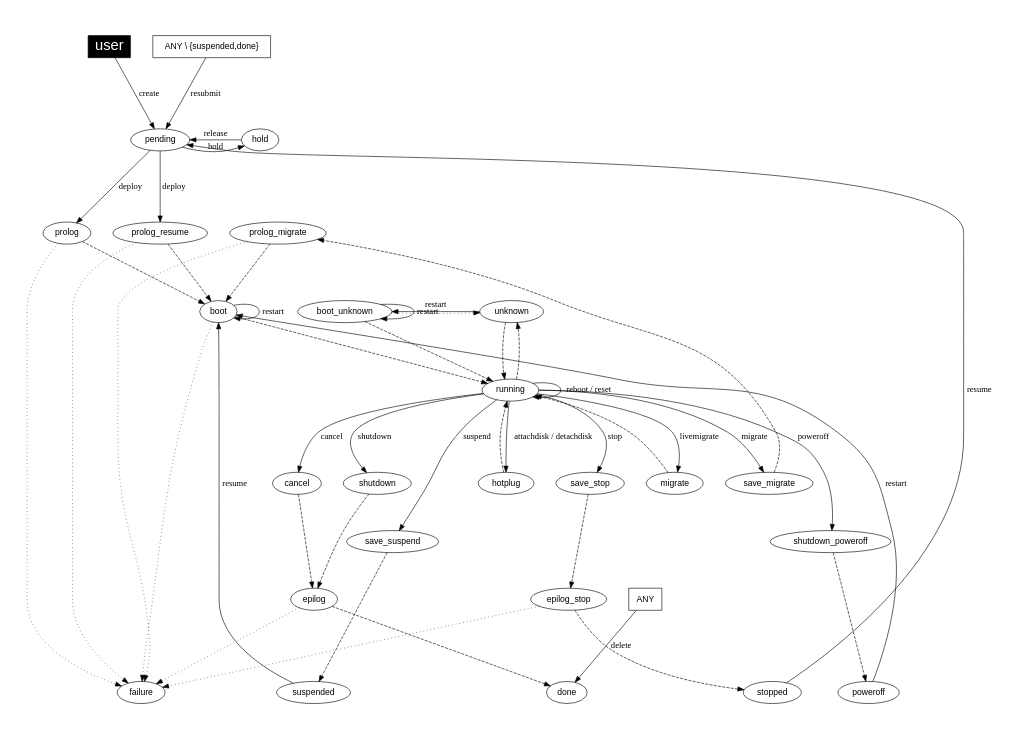
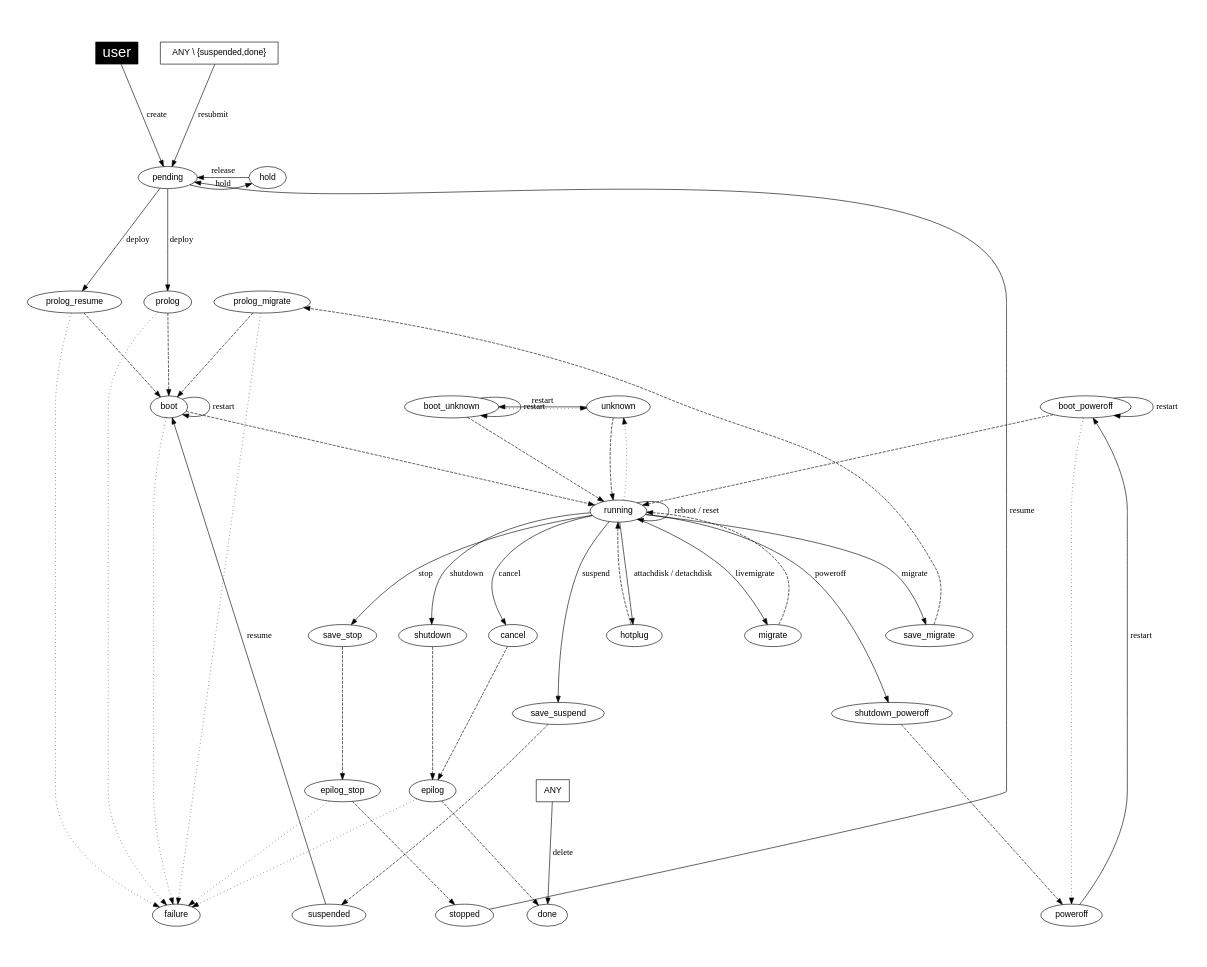
The diagram in share/doc/states/states-complete.dot (OpenNebula/one), drawn with Graphviz before and after one commit. The commit also changed 2 other files, not shown here.

Commit message:
Bug #1557: Add BOOT_POWEROFF state to xsd and dot documentation files

```diff
--- a/share/doc/states/states-complete.dot
+++ b/share/doc/states/states-complete.dot
@@ -1,115 +1,119 @@
 
 
 digraph OpenNebula {
     graph [
-        nodesep= 0.5,
+        nodesep=0.5,
         ratio=0.8,
         pad=0.5,
     ];
 
     node [fontname="Helvetica"];
     edge [fontname="Menlo"];
     
     user [
         fillcolor="black",
         style="filled", shape="box",
         fontcolor="white", fontsize= "24.0"];
 
     ANY [ shape="box" ];
     "ANY \\ {suspended,done}" [ shape="box" ];
 
     subgraph { rank = min; user}
-    subgraph { rank = same; boot; boot_unknown; unknown; color="white"}
+    subgraph { rank = same; boot; boot_unknown; boot_poweroff; unknown; color="white"}
     subgraph { rank = same; pending; hold; color="white"}
     subgraph { rank = same; prolog; prolog_resume; prolog_migrate;
     color="white" }
 
     subgraph { rank = max; suspended; done; failure;
     stopped; poweroff; color="white" }
 
 #   create
     user -> pending [label="create"];
 
 #   deploy
     pending     -> prolog_resume [label="deploy"];
     prolog_resume -> boot [style="dashed"];
 
     pending     -> prolog [label="deploy"];
     prolog      -> boot [style="dashed"];
     boot        -> running [style="dashed"];
 
 #   shutdown
     running     -> shutdown [label="shutdown"];
     shutdown    -> epilog [style="dashed"];
     epilog      -> done [style="dashed"];
 
 #   poweroff
     running             -> shutdown_poweroff [label="poweroff"];
     shutdown_poweroff   -> poweroff [style="dashed"];
 
 #   livemigrate
     running     -> migrate [label="livemigrate"];
     migrate     -> running [style="dashed"];
 
 #   migrate
     running         -> save_migrate [label="migrate"];
     save_migrate    -> prolog_migrate [style="dashed"];
     prolog_migrate  -> boot [style="dashed"];
 
 #   hold
     pending     -> hold [label="hold"];
 
 #   release
     hold        -> pending [label="release"];
 
 #   stop
     running     -> save_stop [label="stop"];
     save_stop   -> epilog_stop [style="dashed"];
     epilog_stop -> stopped [style="dashed"];
 
 #   cancel
     running     -> cancel [label="cancel"];
     cancel      -> epilog [style="dashed"];
 
 #   suspend
     running         -> save_suspend [label="suspend"];
     save_suspend    -> suspended [style="dashed"];
 
 #   resume
     stopped     -> pending [label="resume"];
     suspended   -> boot [label="resume"];
 
 #   delete
     ANY         -> done [label="delete"];
 
 #   restart
     boot        -> boot [label="restart"];
-    poweroff    -> boot [label="restart"];
+
+    poweroff    -> boot_poweroff [label="restart"];
+    boot_poweroff -> boot_poweroff [label="restart"];
+    boot_poweroff -> running [style="dashed"];
+    boot_poweroff -> poweroff [style="dotted"];
 
     unknown     -> boot_unknown [label="restart"];
     boot_unknown -> boot_unknown [label="restart"];
     boot_unknown -> running [style="dashed"];
     boot_unknown -> unknown [style="dotted"];
 
 #   reboot, reset
     running     -> running [label="reboot / reset"];
 
 #   attachdisk
     running     -> hotplug [label="attachdisk / detachdisk"]
     hotplug     -> running [style="dashed"];
 
 #   resubmit
     "ANY \\ {suspended,done}" -> pending [label="resubmit"];
 
 #   failures and misc.
     epilog_stop     -> failure [style="dotted"];
     epilog          -> failure [style="dotted"];
     prolog          -> failure [style="dotted"];
     prolog_migrate  -> failure [style="dotted"];
     prolog_resume   -> failure [style="dotted"];
     boot            -> failure [style="dotted"];
 
 
-    running -> unknown [style="dashed"];
+    running -> unknown [style="dotted"];
     unknown -> running [style="dashed"];
 }
```
